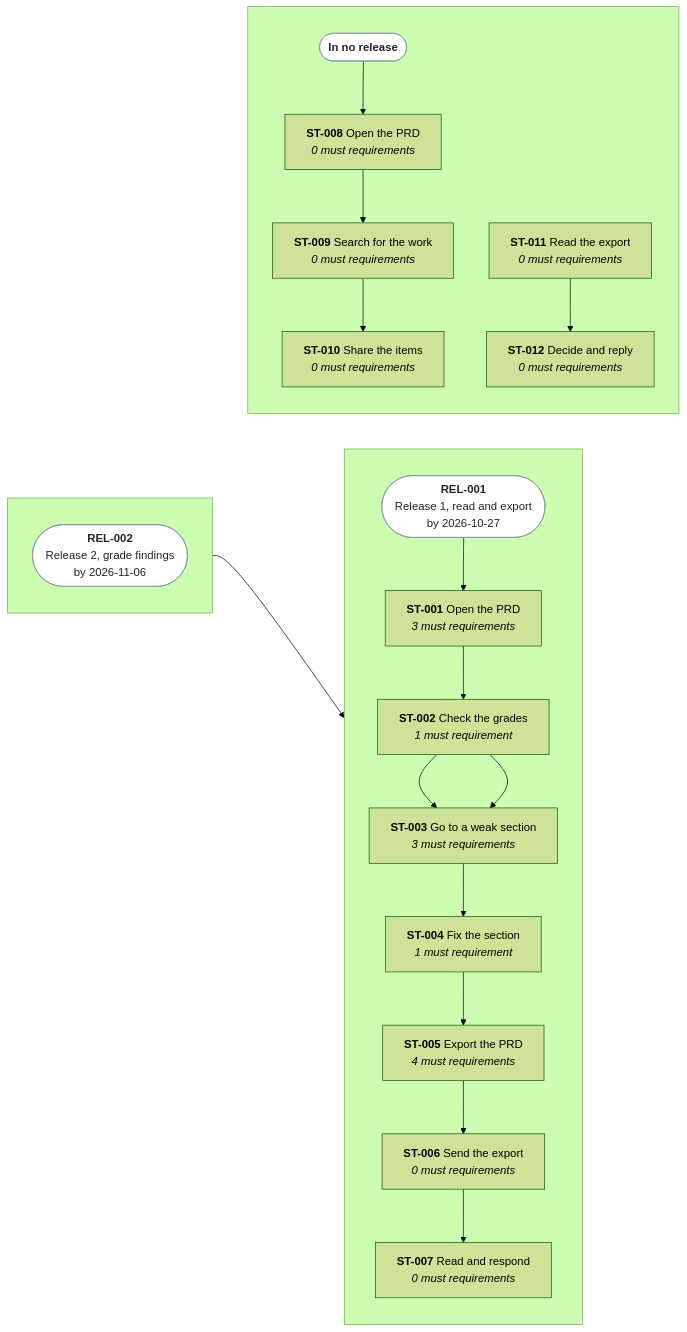
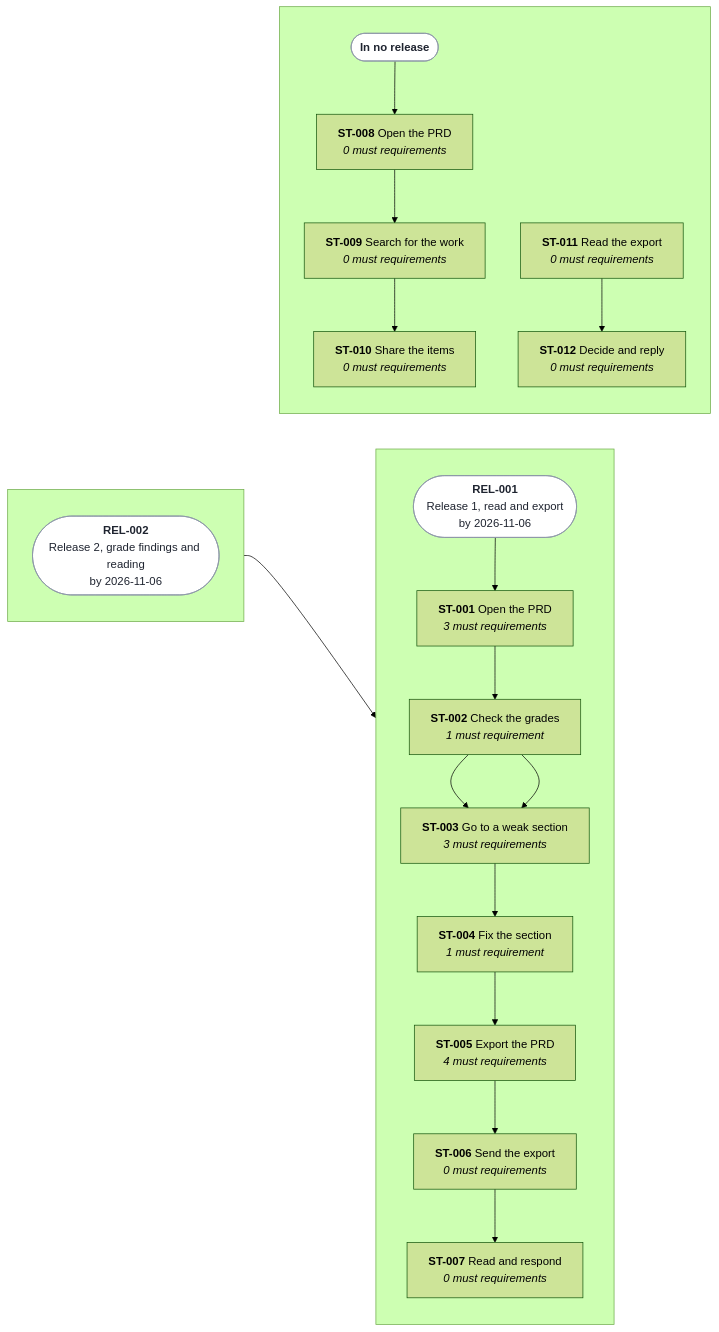
The diagram in docs/prd/prd-forge-viewer/diagrams/release-line.mmd (SpillwaveSolutions/prd-forge-viewer), drawn with Mermaid (forest theme) before and after one commit. The commit also changed 64 other files, not shown here.

```diff
--- a/docs/prd/prd-forge-viewer/diagrams/release-line.mmd
+++ b/docs/prd/prd-forge-viewer/diagrams/release-line.mmd
@@ -1,46 +1,46 @@
 %% Generated by prd-diagrams.mjs from the release plan front matter. Do not edit.
 %%{init: {"flowchart": {"wrappingWidth": 220}}}%%
 flowchart LR
   subgraph REL001[" "]
     direction TB
-    REL001head(["<b>REL-001</b><br/>Release 1, read and export<br/>by 2026-10-27"])
+    REL001head(["<b>REL-001</b><br/>Release 1, read and export<br/>by 2026-11-06"])
     REL001head --> ST001
     ST001["<b>ST-001</b> Open the PRD<br/><i>3 must requirements</i>"]
     ST002["<b>ST-002</b> Check the grades<br/><i>1 must requirement</i>"]
     ST003["<b>ST-003</b> Go to a weak section<br/><i>3 must requirements</i>"]
     ST004["<b>ST-004</b> Fix the section<br/><i>1 must requirement</i>"]
     ST005["<b>ST-005</b> Export the PRD<br/><i>4 must requirements</i>"]
     ST006["<b>ST-006</b> Send the export<br/><i>0 must requirements</i>"]
     ST007["<b>ST-007</b> Read and respond<br/><i>0 must requirements</i>"]
     ST001 --> ST002
     ST002 --> ST003
     ST003 --> ST004
     ST004 --> ST005
     ST005 --> ST006
     ST006 --> ST007
   end
   subgraph REL002[" "]
     direction TB
-    REL002head(["<b>REL-002</b><br/>Release 2, grade findings<br/>by 2026-11-06"])
+    REL002head(["<b>REL-002</b><br/>Release 2, grade findings and reading<br/>by 2026-11-06"])
     REL002head --> ST002
     ST002["<b>ST-002</b> Check the grades<br/><i>1 must requirement</i>"]
     ST003["<b>ST-003</b> Go to a weak section<br/><i>3 must requirements</i>"]
     ST002 --> ST003
   end
   subgraph unplanned[" "]
     direction TB
     unplannedhead(["<b>In no release</b>"])
     unplannedhead --> ST008
     ST008["<b>ST-008</b> Open the PRD<br/><i>0 must requirements</i>"]
     ST009["<b>ST-009</b> Search for the work<br/><i>0 must requirements</i>"]
     ST010["<b>ST-010</b> Share the items<br/><i>0 must requirements</i>"]
     ST011["<b>ST-011</b> Read the export<br/><i>0 must requirements</i>"]
     ST012["<b>ST-012</b> Decide and reply<br/><i>0 must requirements</i>"]
     ST008 --> ST009
     ST009 --> ST010
     ST011 --> ST012
   end
   REL001 ~~~ REL002
   REL002 ~~~ unplanned
   classDef head fill:#FFFFFF,stroke:#8A94A6,color:#1F2430
   class REL001head,REL002head,unplannedhead head
```
